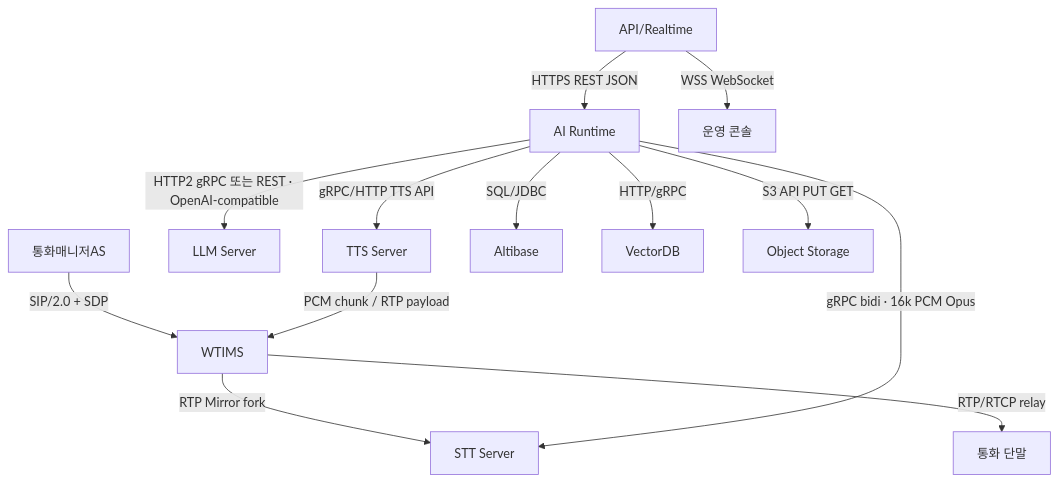
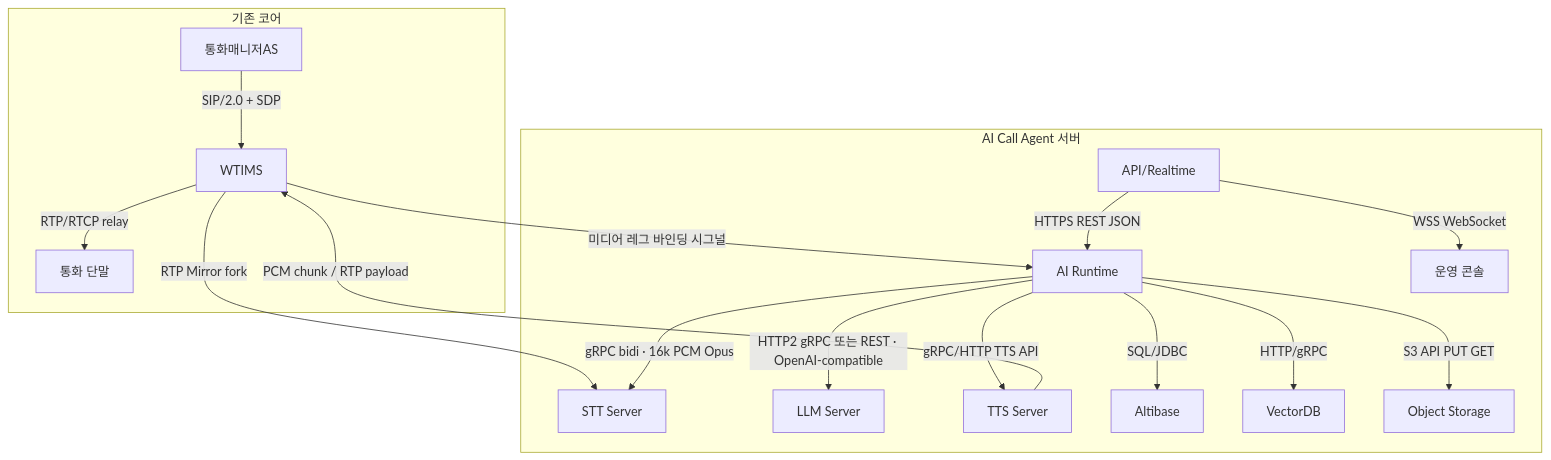
One commit to hak023/agentic_ai_callbot changed the second of 4 diagrams in docs/architecture/production-deployment-architecture.md. Above: the diagram before and after it, drawn with Mermaid. The commit also changed other lines of this file, not shown here.

Commit message:
docs(architecture): 런타임 경계 초안, WTIMS-AI Runtime 미디어 시그널, Object Storage 역할 정리

````diff
--- a/docs/architecture/production-deployment-architecture.md
+++ b/docs/architecture/production-deployment-architecture.md
@@ -113,15 +154,29 @@
 ```mermaid
 flowchart TD
-    CM["통화매니저AS"] -->|SIP/2.0 + SDP| WT["WTIMS"]
-    WT -->|RTP/RTCP relay| EP["통화 단말"]
-    WT -->|RTP Mirror fork| STT["STT Server"]
-    AIR["AI Runtime"] -->|gRPC bidi · 16k PCM Opus| STT
-    AIR -->|HTTP2 gRPC 또는 REST · OpenAI-compatible| LLM["LLM Server"]
-    AIR -->|gRPC/HTTP TTS API| TTS["TTS Server"]
+    subgraph CORE["기존 코어"]
+        CM["통화매니저AS"] -->|SIP/2.0 + SDP| WT["WTIMS"]
+        WT -->|RTP/RTCP relay| EP["통화 단말"]
+    end
+    subgraph ACA["AI Call Agent 서버"]
+        STT["STT Server"]
+        AIR["AI Runtime"]
+        LLM["LLM Server"]
+        TTS["TTS Server"]
+        API["API/Realtime"]
+        CON["운영 콘솔"]
+        ALT["Altibase"]
+        VDB["VectorDB"]
+        OBJ["Object Storage"]
+    end
+    WT -->|미디어 레그 바인딩 시그널| AIR
+    WT -->|RTP Mirror fork| STT
+    AIR -->|gRPC bidi · 16k PCM Opus| STT
+    AIR -->|HTTP2 gRPC 또는 REST · OpenAI-compatible| LLM
+    AIR -->|gRPC/HTTP TTS API| TTS
     TTS -->|PCM chunk / RTP payload| WT
-    API["API/Realtime"] -->|HTTPS REST JSON| AIR
-    API -->|WSS WebSocket| CON["운영 콘솔"]
-    AIR -->|SQL/JDBC| ALT["Altibase"]
-    AIR -->|HTTP/gRPC| VDB["VectorDB"]
-    AIR -->|S3 API PUT GET| OBJ["Object Storage"]
+    API -->|HTTPS REST JSON| AIR
+    API -->|WSS WebSocket| CON
+    AIR -->|SQL/JDBC| ALT
+    AIR -->|HTTP/gRPC| VDB
+    AIR -->|S3 API PUT GET| OBJ
 ```
````
